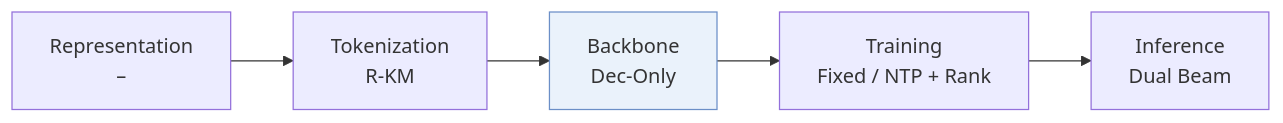
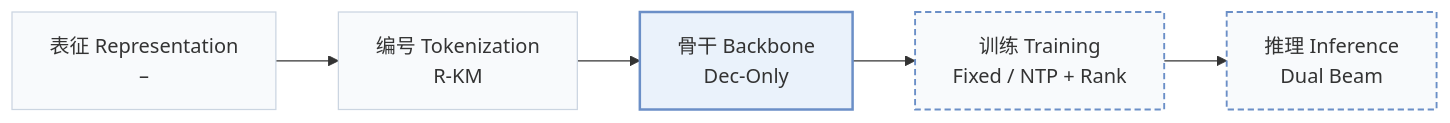
One commit to Galaxy-ghost/Awesome-SID-Generative-Rec changed the first of 2 diagrams in pages/zh/papers/dualgr.md. Above: the diagram before and after it, drawn with Mermaid. The commit also changed other lines of this file and 649 other files, not shown here.

Commit message:
writer-05: also tags and modality index (schema, check, build, visuals); summary field removed; calibration data for 12 papers

````diff
--- a/pages/zh/papers/dualgr.md
+++ b/pages/zh/papers/dualgr.md
@@ -13,6 +15,10 @@
 ```mermaid
 flowchart LR
-    R["Representation<br/>–"] --> T["Tokenization<br/>R-KM"] --> B["Backbone<br/>Dec-Only"] --> TR["Training<br/>Fixed / NTP + Rank"] --> I["Inference<br/>Dual Beam"]
-    classDef main fill:#eaf2fb,stroke:#6b8fc7
+    R["表征 Representation<br/>–"] --> T["编号 Tokenization<br/>R-KM"] --> B["骨干 Backbone<br/>Dec-Only"] --> TR["训练 Training<br/>Fixed / NTP + Rank"] --> I["推理 Inference<br/>Dual Beam"]
+    classDef base fill:#f8fafc,stroke:#cbd5e1
+    class R,T,B,TR,I base
+    classDef also fill:#f8fafc,stroke:#6b8fc7,stroke-width:1.5px,stroke-dasharray:5 3
+    class TR,I also
+    classDef main fill:#eaf2fb,stroke:#6b8fc7,stroke-width:2px
     class B main
 ```
````
